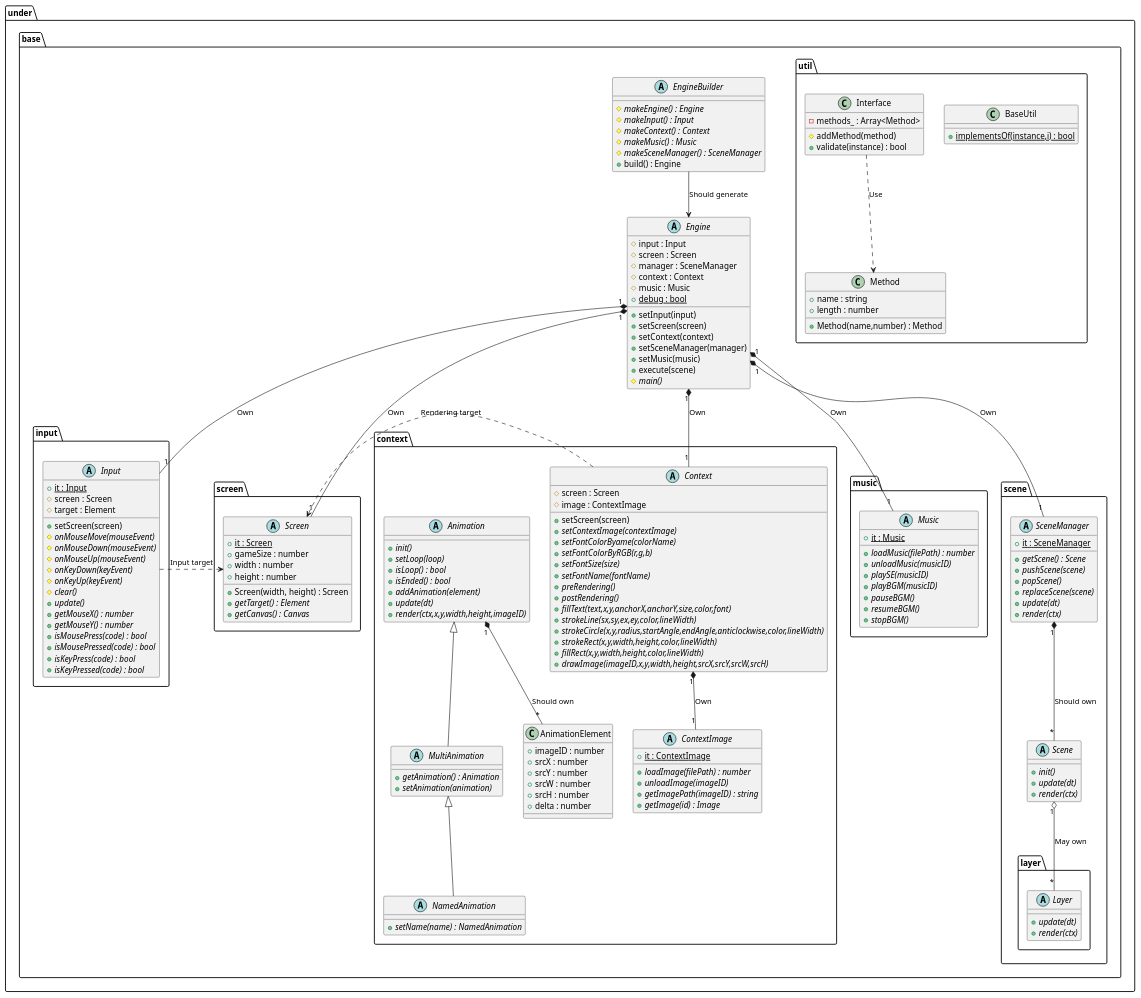
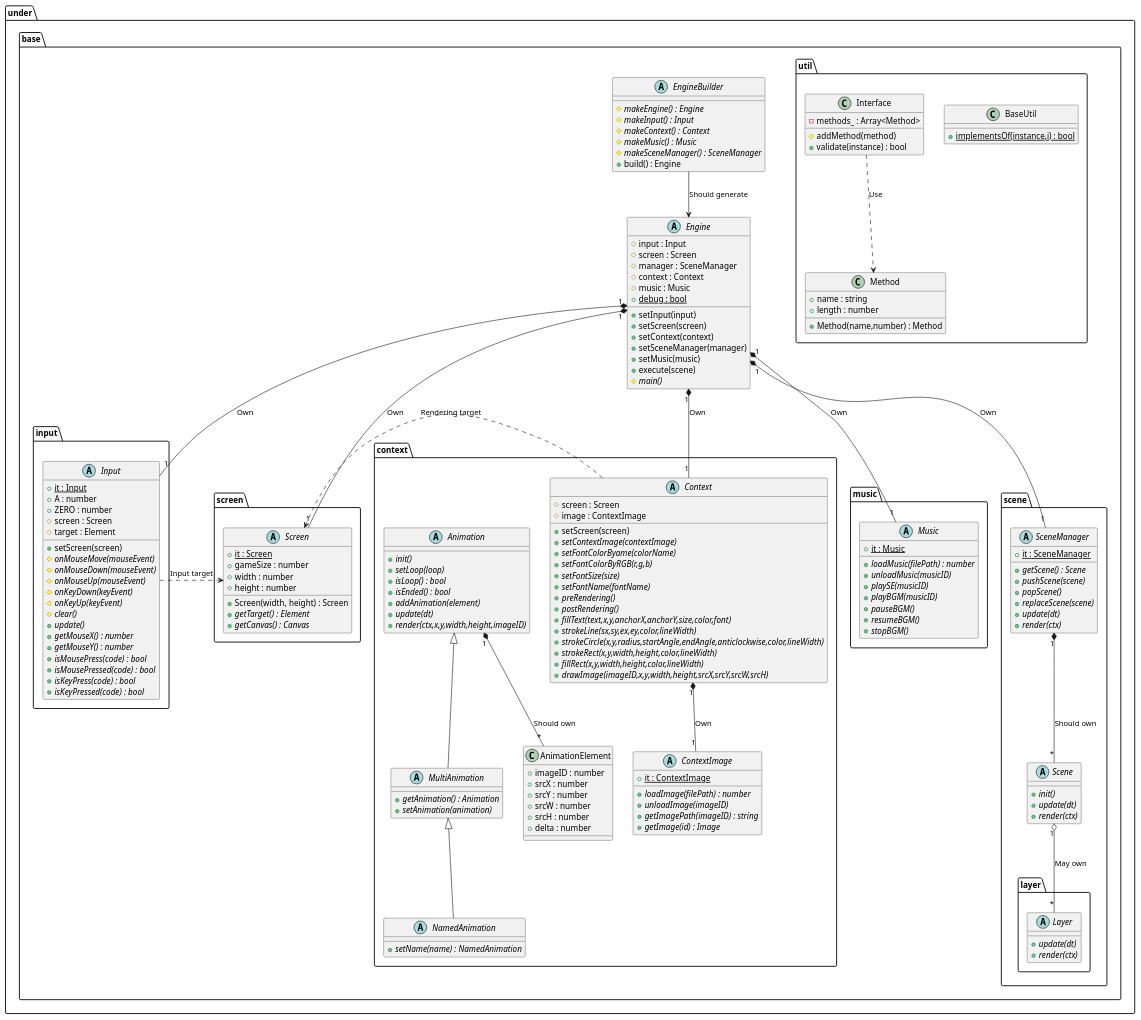
The diagram in uml/gamebase/Base.wsd (Expine/Under), drawn with PlantUML before and after one commit. The commit also changed 21 other files, not shown here.

Commit message:
Fix UML and README

```diff
--- a/uml/gamebase/Base.wsd
+++ b/uml/gamebase/Base.wsd
@@ -1,192 +1,194 @@
 @startuml GameBaseBase
 
 package under {
     package base {
         abstract EngineBuilder {
             {abstract} #makeEngine() : Engine
             {abstract} #makeInput() : Input
             {abstract} #makeContext() : Context
             {abstract} #makeMusic() : Music
             {abstract} #makeSceneManager() : SceneManager
             +build() : Engine
         }
         abstract Engine {
             #input : Input
             #screen : Screen
             #manager : SceneManager
             #context : Context
             #music : Music
             +setInput(input)
             +setScreen(screen)
             +setContext(context)
             +setSceneManager(manager)
             +setMusic(music)
             +execute(scene)
             {static} +debug : bool
             {abstract} #main()
         }
 
         package input {
             abstract Input {
                 {static} +it : Input /' Singleton '/
+                +A : number
+                +ZERO : number
                 #screen : Screen
                 #target : Element
                 +setScreen(screen)
                 {abstract} #onMouseMove(mouseEvent)
                 {abstract} #onMouseDown(mouseEvent)
                 {abstract} #onMouseUp(mouseEvent)
                 {abstract} #onKeyDown(keyEvent)
                 {abstract} #onKeyUp(keyEvent)
                 {abstract} #clear()
                 {abstract} +update()
                 {abstract} +getMouseX() : number
                 {abstract} +getMouseY() : number
                 {abstract} +isMousePress(code) : bool
                 {abstract} +isMousePressed(code) : bool
                 {abstract} +isKeyPress(code) : bool
                 {abstract} +isKeyPressed(code) : bool
             }
         }
 
         package screen {
             abstract Screen {
                 +Screen(width, height) : Screen
                 {static} +it : Screen /' Singleton '/
                 +gameSize : number
                 +width : number
                 +height : number
                 {abstract} +getTarget() : Element
                 {abstract} +getCanvas() : Canvas
             }
         }
 
         package music {
             abstract Music {
                 {static} +it : Music /' Singleton '/
                 {abstract} +loadMusic(filePath) : number
                 {abstract} +unloadMusic(musicID)
                 {abstract} +playSE(musicID)
                 {abstract} +playBGM(musicID)
                 {abstract} +pauseBGM()
                 {abstract} +resumeBGM()
                 {abstract} +stopBGM()
             }
         }
 
         package context {
             abstract Context {
                 #screen : Screen
                 #image : ContextImage
                 +setScreen(screen)
                 {abstract} +setContextImage(contextImage)
                 {abstract} +setFontColorByame(colorName)
                 {abstract} +setFontColorByRGB(r,g,b)
                 {abstract} +setFontSize(size)
                 {abstract} +setFontName(fontName)
                 {abstract} +preRendering()
                 {abstract} +postRendering()
                 {abstract} +fillText(text,x,y,anchorX,anchorY,size,color,font)
                 {abstract} +strokeLine(sx,sy,ex,ey,color,lineWidth)
                 {abstract} +strokeCircle(x,y,radius,startAngle,endAngle,anticlockwise,color,lineWidth)
                 {abstract} +strokeRect(x,y,width,height,color,lineWidth)
                 {abstract} +fillRect(x,y,width,height,color,lineWidth)
                 {abstract} +drawImage(imageID,x,y,width,height,srcX,srcY,srcW,srcH)
             }
             abstract ContextImage {
                 {static} +it : ContextImage /' Singleton '/
                 {abstract} +loadImage(filePath) : number
                 {abstract} +unloadImage(imageID)
                 {abstract} +getImagePath(imageID) : string
                 {abstract} +getImage(id) : Image
             }
 
             abstract Animation {
                 {abstract} +init()
                 {abstract} +setLoop(loop)
                 {abstract} +isLoop() : bool
                 {abstract} +isEnded() : bool
                 {abstract} +addAnimation(element)
                 {abstract} +update(dt)
                 {abstract} +render(ctx,x,y,width,height,imageID)
             }
             abstract MultiAnimation {
                 {abstract} +getAnimation() : Animation
                 {abstract} +setAnimation(animation)
             }
             abstract NamedAnimation {
                 {abstract} +setName(name) : NamedAnimation
             }
             class AnimationElement {
                 +imageID : number
                 +srcX : number
                 +srcY : number
                 +srcW : number
                 +srcH : number
                 +delta : number
             }
         }
 
         package scene {
             abstract SceneManager {
                 {static} +it : SceneManager /' Singleton '/
                 {abstract} +getScene() : Scene
                 {abstract} +pushScene(scene)
                 {abstract} +popScene()
                 {abstract} +replaceScene(scene)
                 {abstract} +update(dt)
                 {abstract} +render(ctx)
             }
             abstract Scene {
                 {abstract} +init()
                 {abstract} +update(dt)
                 {abstract} +render(ctx)
             }
 
             package layer {
                 abstract Layer {
                     {abstract} +update(dt)
                     {abstract} +render(ctx)
                 }
             }
         }
 
         package util {
             class BaseUtil {
                 {static} +implementsOf(instance,i) : bool
             }
             class Interface {
                 -methods_ : Array<Method>
                 #addMethod(method)
                 +validate(instance) : bool
             }
             class Method {
                 +Method(name,number) : Method
                 +name : string
                 +length : number
             }
         }
     }
 }
 
 EngineBuilder --> Engine : Should generate
 Engine "1"*-- "1" Screen : Own
 Engine "1"*-- "1" Input : Own
 Engine "1"*-- "1" SceneManager : Own
 Engine "1"*-- "1" Context : Own
 Engine "1"*-- "1" Music : Own
 
 Input .> Screen : Input target
 Context .> Screen : Rendering target
 
 SceneManager "1"*--"*" Scene : Should own
 Scene "1" o--"*" Layer : May own
 Context "1"*--"1" ContextImage : Own
 
 Animation "1"*--"*"AnimationElement : Should own
 
 Animation <|-- MultiAnimation
 MultiAnimation <|-- NamedAnimation
 
 Interface ..> Method : Use
 
 @enduml
```
